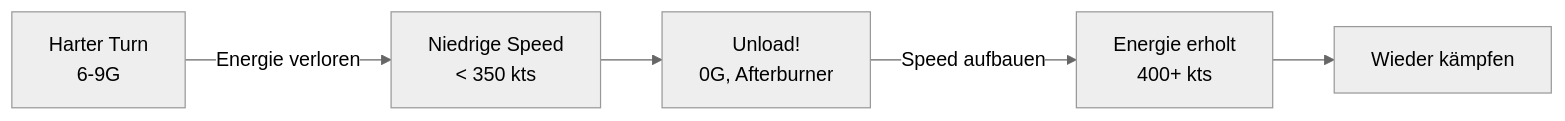
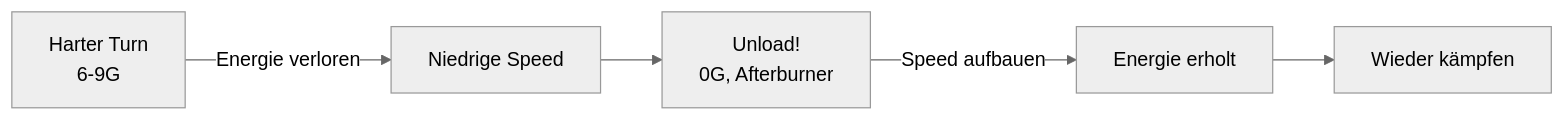
The second of 3 diagrams in docs/grundlagen/energie-management.md (lukaio3D/VFM_Wiki), drawn with Mermaid (neutral theme) before and after one commit. The commit also changed other lines of this file and 13 other files, not shown here.

````diff
--- a/docs/grundlagen/energie-management.md
+++ b/docs/grundlagen/energie-management.md
@@ -94,7 +110,7 @@
 ```mermaid
 flowchart LR
-    PULL["Harter Turn<br/>6-9G"] --> |"Energie verloren"| LOW["Niedrige Speed<br/>< 350 kts"]
+    PULL["Harter Turn<br/>6-9G"] --> |"Energie verloren"| LOW["Niedrige Speed"]
     LOW --> UNLOAD["Unload!<br/>0G, Afterburner"]
-    UNLOAD --> |"Speed aufbauen"| RECOVER["Energie erholt<br/>400+ kts"]
+    UNLOAD --> |"Speed aufbauen"| RECOVER["Energie erholt"]
     RECOVER --> ENGAGE[Wieder kämpfen]
 ```
````
